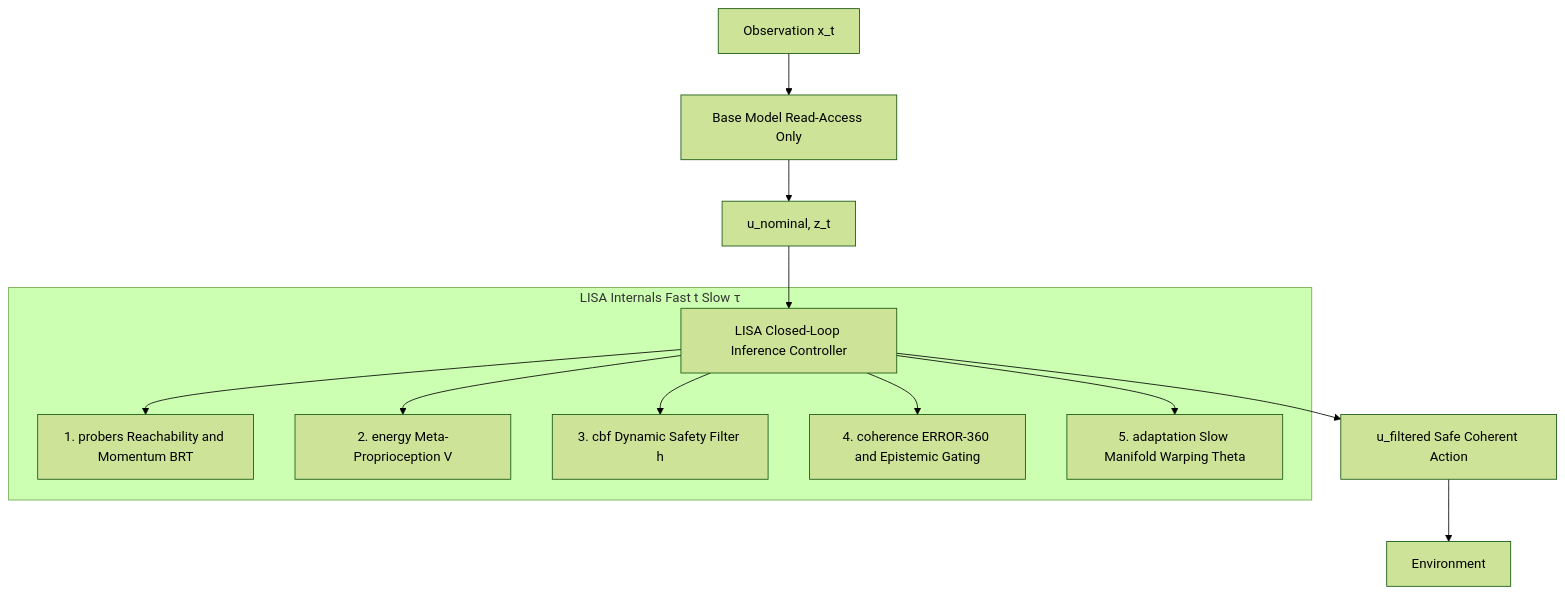
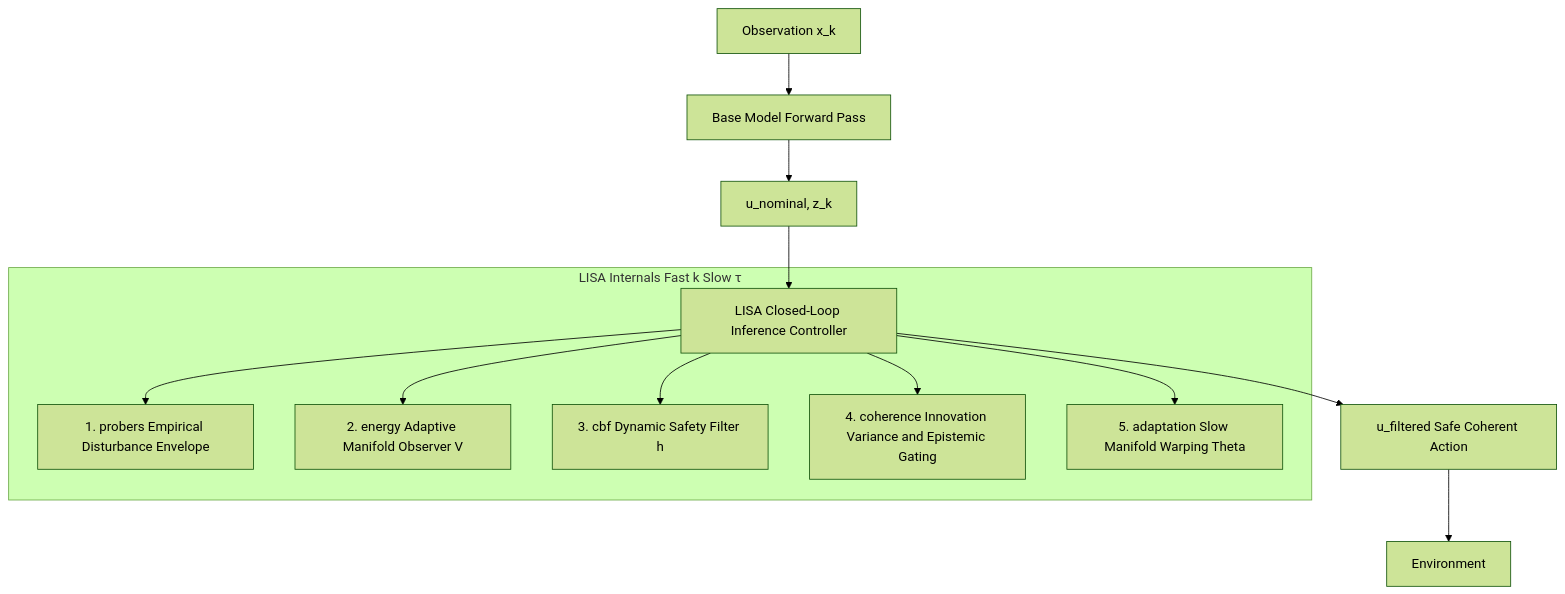
The diagram in README.md (vishal-1344/lisa), drawn with Mermaid (forest theme) before and after one commit. The commit also changed other lines of this file, not shown here.

````diff
--- a/README.md
+++ b/README.md
@@ -19,16 +43,16 @@
 ```mermaid
 flowchart TD
-    x[Observation x_t] --> BM[Base Model Read-Access Only]
-    BM --> z_nom[u_nominal, z_t]
+    x[Observation x_k] --> BM[Base Model Forward Pass]
+    BM --> z_nom[u_nominal, z_k]
     z_nom --> LISA[LISA Closed-Loop Inference Controller]
     LISA --> UF[u_filtered Safe Coherent Action]
     UF --> ENV[Environment]
 
-    subgraph LISA_module[LISA Internals Fast t Slow τ]
-        LISA --> P[1. probers Reachability and Momentum BRT]
-        LISA --> E[2. energy Meta-Proprioception V]
+    subgraph LISA_module[LISA Internals Fast k Slow τ]
+        LISA --> P[1. probers Empirical Disturbance Envelope]
+        LISA --> E[2. energy Adaptive Manifold Observer V]
         LISA --> CBF[3. cbf Dynamic Safety Filter h]
-        LISA --> COH[4. coherence ERROR-360 and Epistemic Gating]
+        LISA --> COH[4. coherence Innovation Variance and Epistemic Gating]
         LISA --> ADAP[5. adaptation Slow Manifold Warping Theta]
     end
 ```
````
